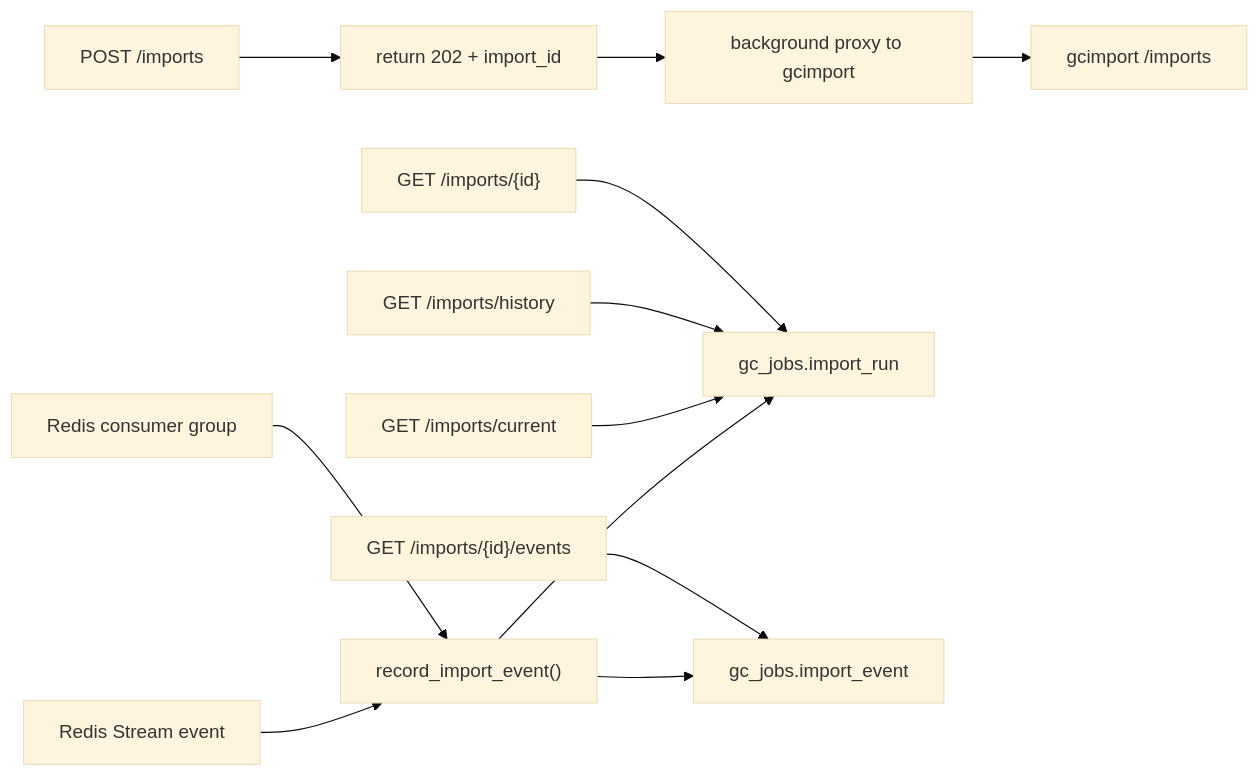
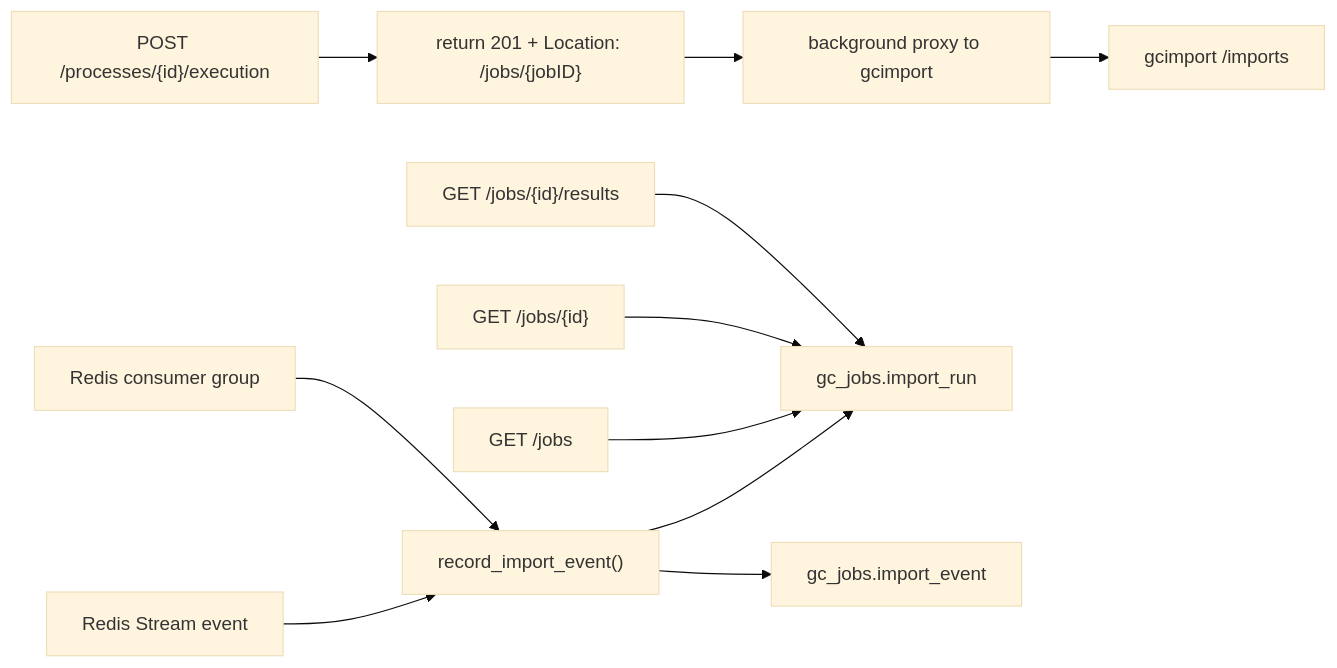
Before and after one commit to kartverket/topografisk-gdb-api: the fifth of 10 diagrams in docs/ARCHITECTURE.md, drawn with Mermaid (base theme). The commit also changed other lines of this file and 39 other files, not shown here.

````diff
--- a/docs/ARCHITECTURE.md
+++ b/docs/ARCHITECTURE.md
@@ -204,14 +210,13 @@
 ```mermaid
 flowchart LR
-  START["POST /imports"] --> ACCEPT["return 202 + import_id"]
+  START["POST /processes/{id}/execution"] --> ACCEPT["return 201 + Location: /jobs/{jobID}"]
   ACCEPT --> PROXY["background proxy to gcimport"]
   EV["Redis Stream event"] --> WRITE["record_import_event()"]
   WRITE --> RUN["gc_jobs.import_run"]
   WRITE --> LOG["gc_jobs.import_event"]
-  READ1["GET /imports/current"] --> RUN
-  READ2["GET /imports/history"] --> RUN
-  READ3["GET /imports/{id}"] --> RUN
-  READ4["GET /imports/{id}/events"] --> LOG
+  READ1["GET /jobs"] --> RUN
+  READ2["GET /jobs/{id}"] --> RUN
+  READ3["GET /jobs/{id}/results"] --> RUN
   PROXY --> GCIMPORT["gcimport /imports"]
   REDIS["Redis consumer group"] --> WRITE
 ```
````
